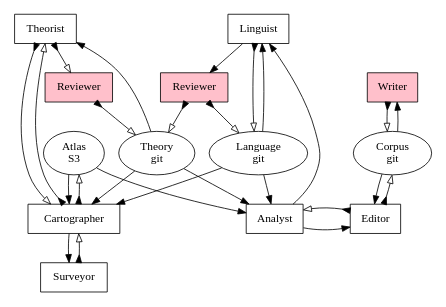
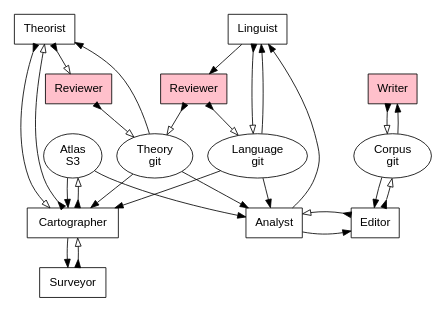
The diagram in doc/architecture.dot (fritzo/pomagma), drawn with Graphviz before and after one commit. The commit also changed 2 other files, not shown here.

Commit message:
Update architecture generated figures

```diff
--- a/doc/architecture.dot
+++ b/doc/architecture.dot
@@ -1,77 +1,80 @@
 digraph G {
     overlap=false;
-    size="4,4";
+    graph [fontname = "helvetica"];
+    node [fontname = "helvetica"];
+    edge [fontname = "helvetica"];
+    size="4,3";
     node [shape=box];
 
     {
         rank = "same";
         node [style=filled, fillcolor=pink];
         TheoryReviewer [label="Reviewer"];
         LangaugeReviewer [label="Reviewer"];
         Writer;
     }
     {
         rank = "min";
         Theorist;
         Linguist;
     }
     {
         node [shape=ellipse];
         rank = "same";
         Language [label="Language\ngit"];
         Theory [label="Theory\ngit"];
         Corpus [label="Corpus\ngit"];
         Atlas [label="Atlas\nS3"];
     }
     {
         rank = "same";
         Cartographer;
         Analyst;
         Editor;
     }
     //subgraph cluster_survey {
         Surveyor;
     //    color = "#666666";
     //    fontcolor = "#666666";
     //    label = "many";
     //    labelloc = "b";
     //}
 
     // Workflow: Explore
     edge [dir=forward arrowhead=normal]; // pull
     Theory -> Cartographer;
     Atlas -> Cartographer;
     Theory -> Theorist;
     Language -> Cartographer;
     Cartographer -> Surveyor;
     edge [dir=both arrowtail=inv arrowhead=empty]; // push
     Surveyor -> Cartographer;
     Cartographer -> Atlas;
     Cartographer -> Theorist;
     TheoryReviewer -> Theory;
     Theorist -> Cartographer;
     Theorist -> TheoryReviewer;
 
     // Workflow: Edit
     edge [dir=forward arrowhead=normal]; // pull
     Theory -> Analyst;
     Atlas -> Analyst;
     Language -> Analyst;
     Analyst -> Editor;
     Corpus -> Editor;
     Corpus -> Writer;
     edge [dir=both arrowtail=inv arrowhead=empty]; // push
     Editor -> Analyst;
     Writer -> Corpus;
     Editor -> Corpus;
 
     // Workflow: Fit Language
     edge [dir=forward arrowhead=normal]; // pull
     Analyst -> Linguist;
     Language -> Linguist;
     Linguist -> LangaugeReviewer;
     edge [dir=both arrowtail=inv arrowhead=empty]; // push
     Linguist -> Language;
     LangaugeReviewer -> Language;
     LangaugeReviewer -> Theory;
 }
```
